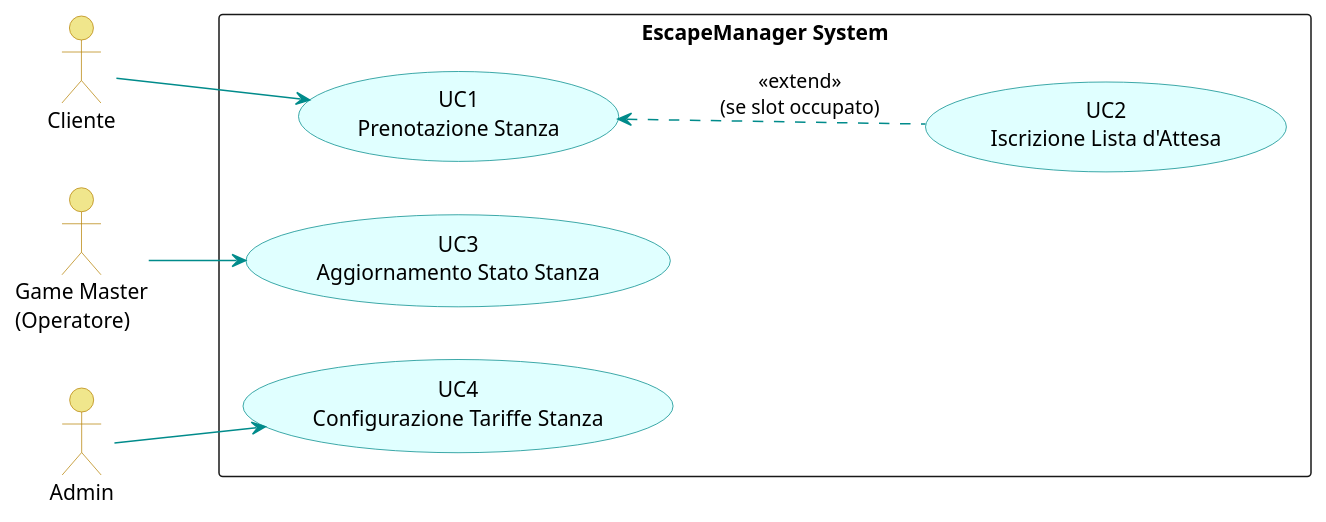
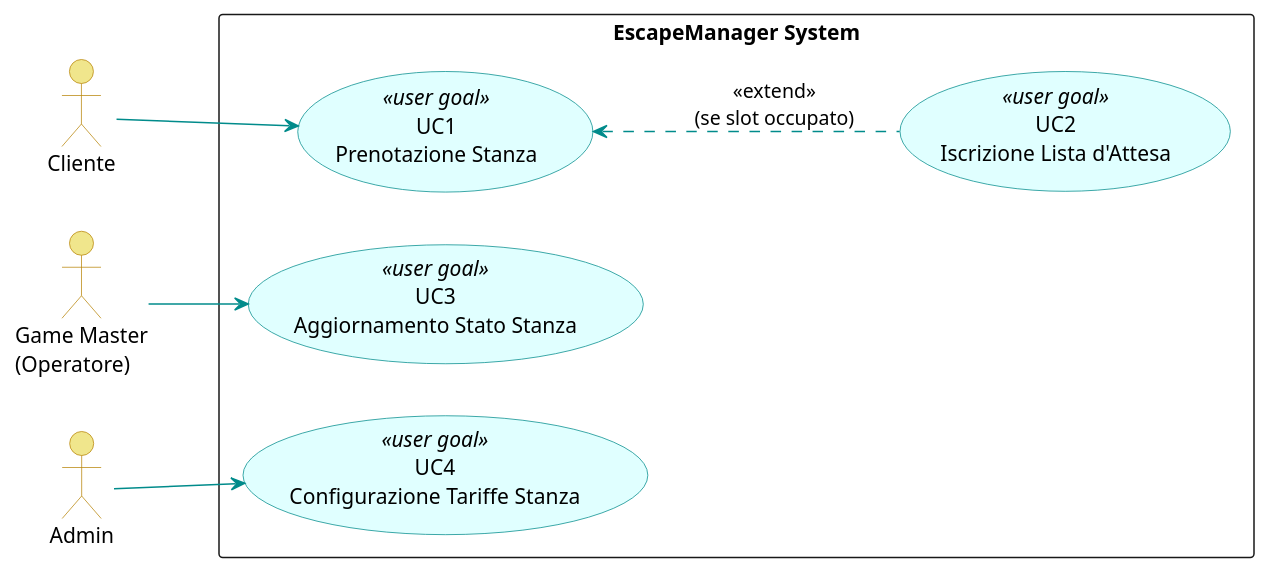
The diagram in docs/UML/usecase_diagram.puml (Adrycasta04/EscapeManager), drawn with PlantUML before and after one commit. The commit also changed 39 other files, not shown here.

First line of the commit message:
Add UML diagrams, database configuration example, and TariffeController tests

```diff
--- a/docs/UML/usecase_diagram.puml
+++ b/docs/UML/usecase_diagram.puml
@@ -1,41 +1,41 @@
 @startuml usecase_diagram
 left to right direction
 skinparam packageStyle rectangle
 skinparam usecase {
     BackgroundColor LightCyan
     BorderColor DarkCyan
     ArrowColor DarkCyan
 }
 skinparam actor {
     BackgroundColor Khaki
     BorderColor DarkGoldenRod
 }
 
 actor "Cliente" as C
 actor "Game Master\n(Operatore)" as GM
 actor "Admin" as A
 
 rectangle "EscapeManager System" {
     
     ' --- Casi d'uso Cliente ---
-    usecase "UC1\nPrenotazione Stanza" as UC_C1
-    usecase "UC2\nIscrizione Lista d'Attesa" as UC_C2
+    usecase "UC1\nPrenotazione Stanza" <<user goal>> as UC_C1
+    usecase "UC2\nIscrizione Lista d'Attesa" <<user goal>> as UC_C2
     
     ' --- Casi d'uso Game Master ---
-    usecase "UC3\nAggiornamento Stato Stanza" as UC_GM3
+    usecase "UC3\nAggiornamento Stato Stanza" <<user goal>> as UC_GM3
     
     ' --- Casi d'uso Admin ---
-    usecase "UC4\nConfigurazione Tariffe Stanza" as UC_A2
+    usecase "UC4\nConfigurazione Tariffe Stanza" <<user goal>> as UC_A2
 }
 
 ' --- Relazioni Attori -> Casi d'uso ---
 C --> UC_C1
 
 GM --> UC_GM3
 
 A --> UC_A2
 
 ' --- Relazioni <<extend>> (Flussi alternativi/opzionali) ---
 UC_C2 .up.> UC_C1 : <<extend>>\n(se slot occupato)
 
 @enduml
```
